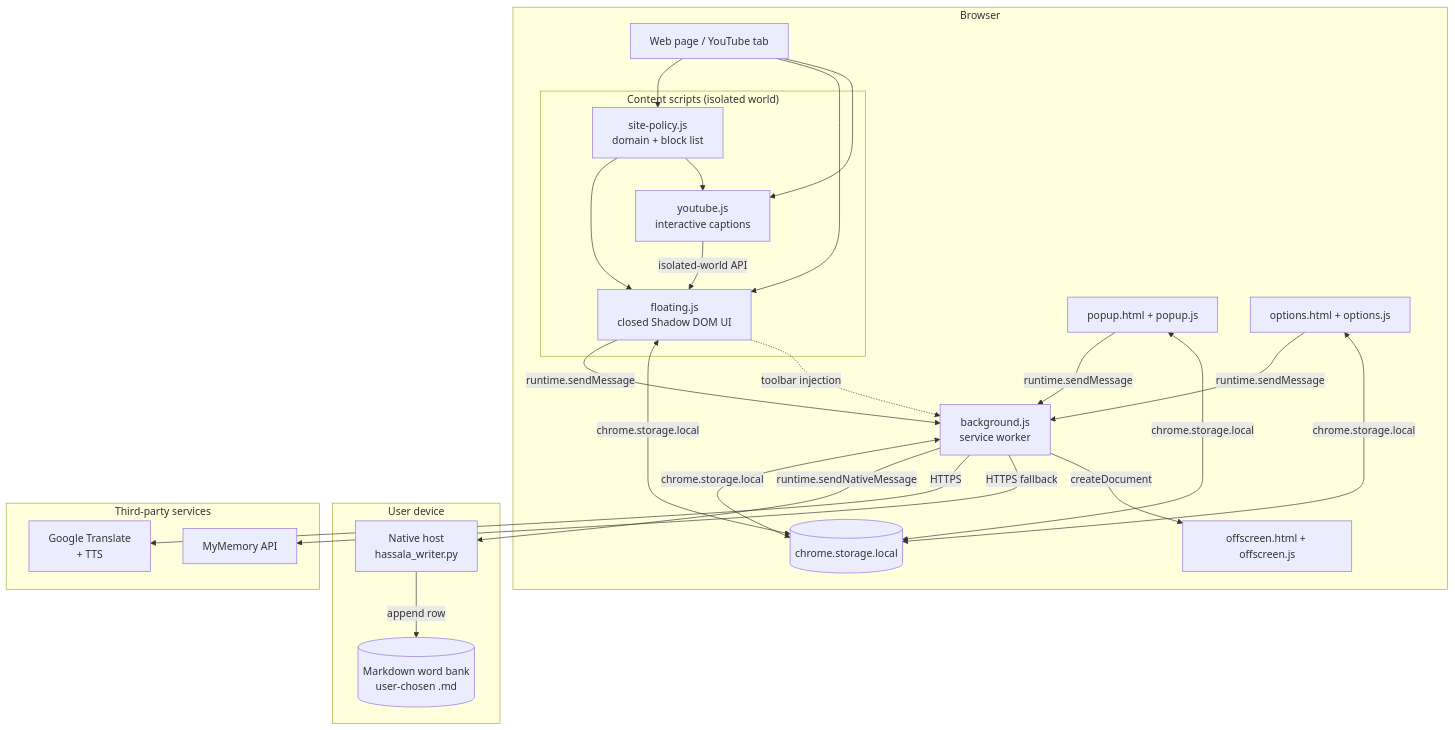
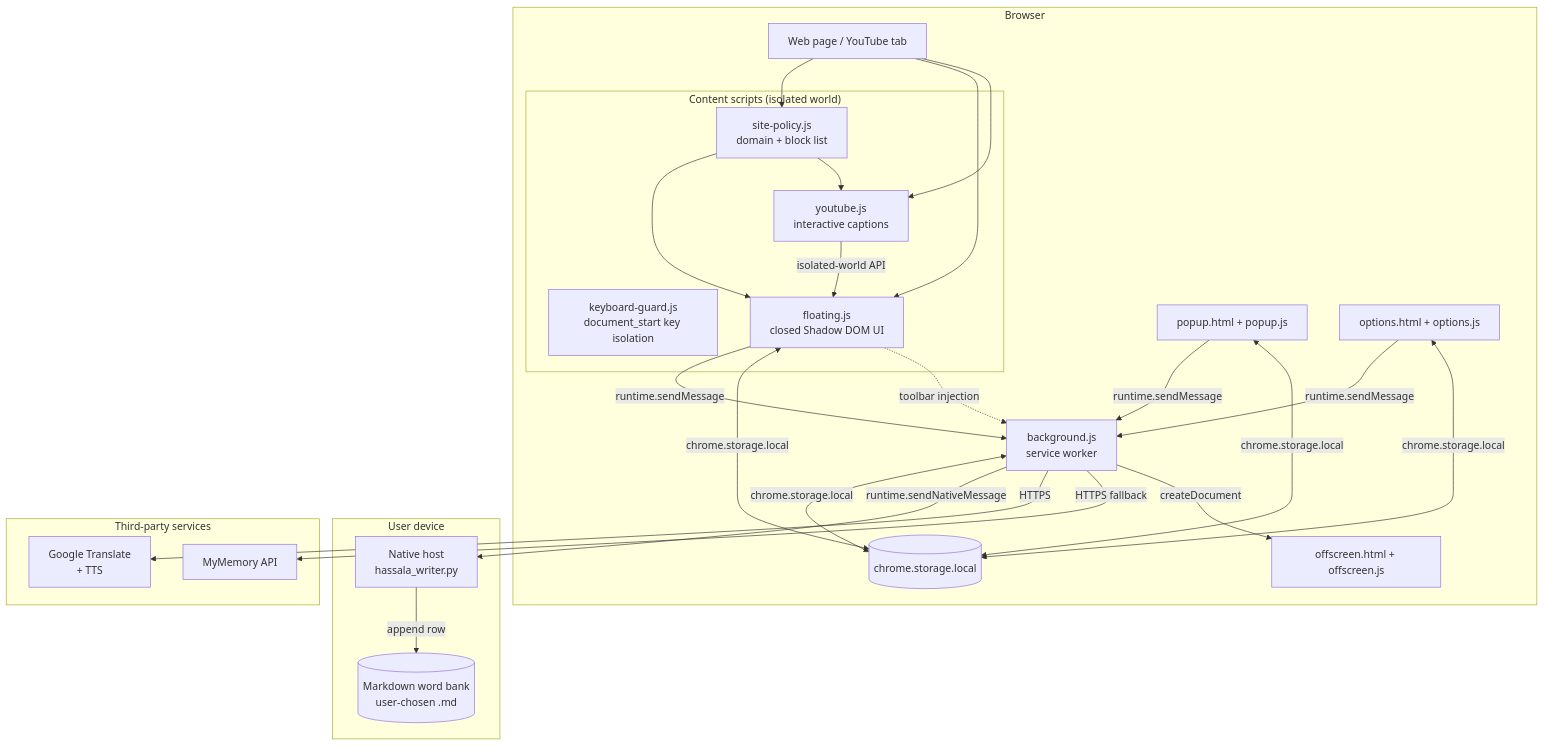
The first of 4 diagrams in docs/ARCHITECTURE.md (nagdista-dev/hassala), drawn with Mermaid before and after one commit. The commit also changed other lines of this file and 10 other files, not shown here.

````diff
--- a/docs/ARCHITECTURE.md
+++ b/docs/ARCHITECTURE.md
@@ -16,46 +16,47 @@
 ```mermaid
 flowchart TB
     subgraph Browser["Browser"]
         Page["Web page / YouTube tab"]
         subgraph CS["Content scripts (isolated world)"]
             Policy["site-policy.js<br/>domain + block list"]
+            Guard["keyboard-guard.js<br/>document_start key isolation"]
             Floating["floating.js<br/>closed Shadow DOM UI"]
             YouTube["youtube.js<br/>interactive captions"]
         end
         SW["background.js<br/>service worker"]
         Popup["popup.html + popup.js"]
         Options["options.html + options.js"]
         Offscreen["offscreen.html + offscreen.js"]
         Storage[("chrome.storage.local")]
     end
 
     subgraph Device["User device"]
         Host["Native host<br/>hassala_writer.py"]
         Note[("Markdown word bank<br/>user-chosen .md")]
     end
 
     subgraph Cloud["Third-party services"]
         Google["Google Translate<br/>+ TTS"]
         MyMemory["MyMemory API"]
     end
 
     Page --> Policy
     Page --> Floating
     Page --> YouTube
     Policy --> Floating
     Policy --> YouTube
     Floating -->|"runtime.sendMessage"| SW
     YouTube -->|"isolated-world API"| Floating
     Popup -->|"runtime.sendMessage"| SW
     Options -->|"runtime.sendMessage"| SW
     SW <-->|"chrome.storage.local"| Storage
     Floating <-->|"chrome.storage.local"| Storage
     Popup <-->|"chrome.storage.local"| Storage
     Options <-->|"chrome.storage.local"| Storage
     SW -->|"runtime.sendNativeMessage"| Host
     Host -->|"append row"| Note
     SW -->|"HTTPS"| Google
     SW -->|"HTTPS fallback"| MyMemory
     SW -->|"createDocument"| Offscreen
     Floating -.->|"toolbar injection"| SW
 ```
````
